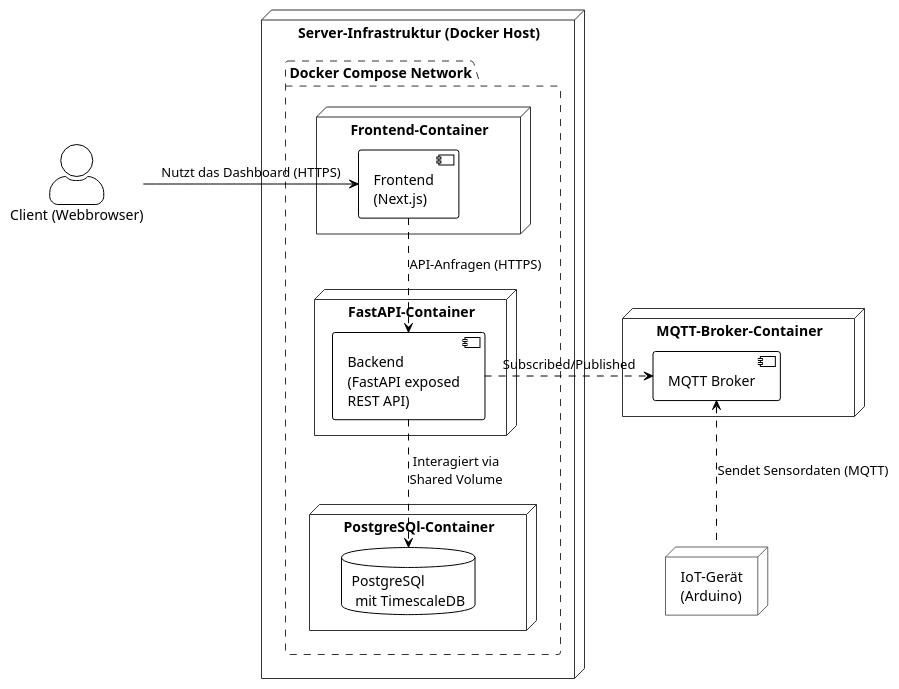
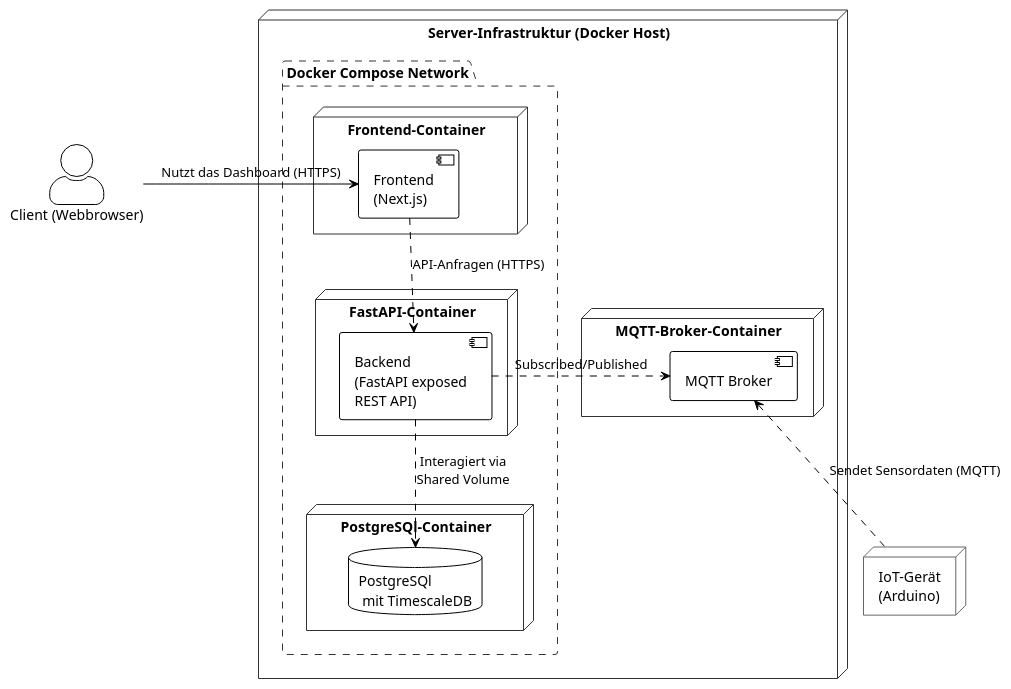
The diagram in docs/docs/images/arc/deployment.puml (STORASENSE/storasense-platform), drawn with PlantUML before and after one commit.

Commit message:
docs: updated deployment view: deployment.puml

```diff
--- a/docs/docs/images/arc/deployment.puml
+++ b/docs/docs/images/arc/deployment.puml
@@ -1,60 +1,62 @@
 @startuml
 ' --- Styling ---
 !theme plain
 skinparam shadowing false
 skinparam actorStyle awesome
 skinparam rectangle {
     borderRadius 5
 }
 skinparam database {
     borderRadius 5
 }
 skinparam component {
     borderRadius 5
 }
 skinparam node {
     borderColor #666666
 }
 ' Styling für das Netzwerk-Paket
 skinparam package {
     borderColor #333333
     borderStyle dashed
 }
 
 ' --- Akteure ---
 actor "Client (Webbrowser)" as User
 node "IoT-Gerät\n(Arduino)" as Device
-node "MQTT-Broker-Container" as MqttBrokerContainer {
-component "MQTT Broker" as MqttBroker
-}
+
 
 ' --- Deployment-Knoten ---
 node "Server-Infrastruktur (Docker Host)" as Server {
     ' Dieses Paket repräsentiert die logische Grenze des Docker Compose Netzwerks
     package "Docker Compose Network" as DockerNetwork {
         node "Frontend-Container" as FrontendContainer {
             component "Frontend\n(Next.js)" as Frontend
         }
         node "FastAPI-Container" as FastAPIContainer {
             component "Backend\n(FastAPI exposed\nREST API)" as Backend
         }
         node "PostgreSQl-Container" as PostgresContainer {
            database "PostgreSQl \n mit TimescaleDB" as Postgres
         }
 
     }
+
+    node "MQTT-Broker-Container" as MqttBrokerContainer {
+        component "MQTT Broker" as MqttBroker
+    }
 }
 
 ' --- Beziehungen und Datenflüsse ---
 ' Externe Kommunikation zu den exponierten Ports der Container
 User -right-> Frontend : Nutzt das Dashboard (HTTPS)
 Device .up.> MqttBroker: Sendet Sensordaten (MQTT)
 
 ' Interne Kommunikation innerhalb des Docker-Netzwerks
 Frontend .down.> Backend : API-Anfragen (HTTPS)
 Backend .right.> MqttBroker : Subscribed/Published
 
 ' Spezielle Interaktion via Shared Volume, keine Netzwerkkommunikation
 Backend ..> Postgres : "Interagiert via\nShared Volume"
 
 @enduml
```
